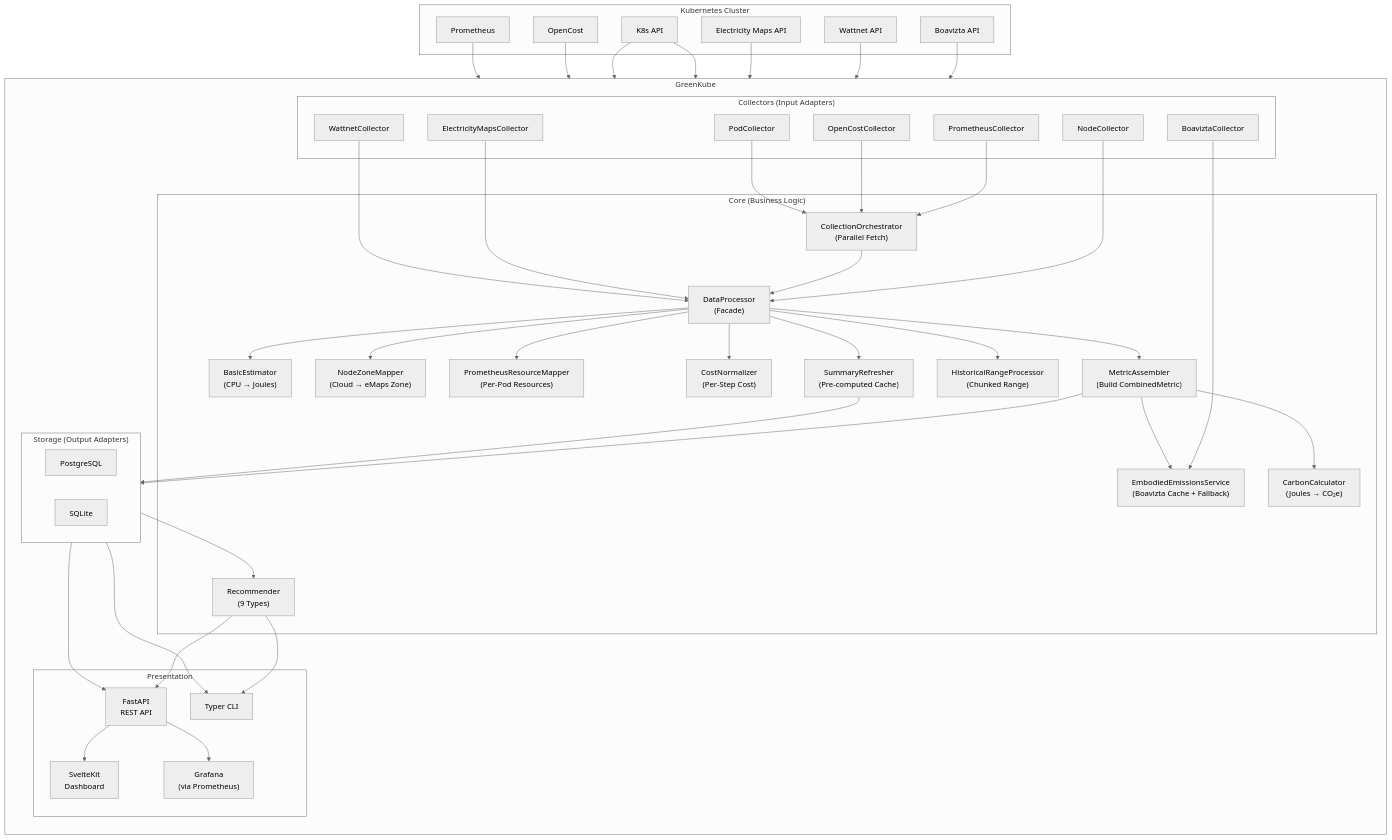
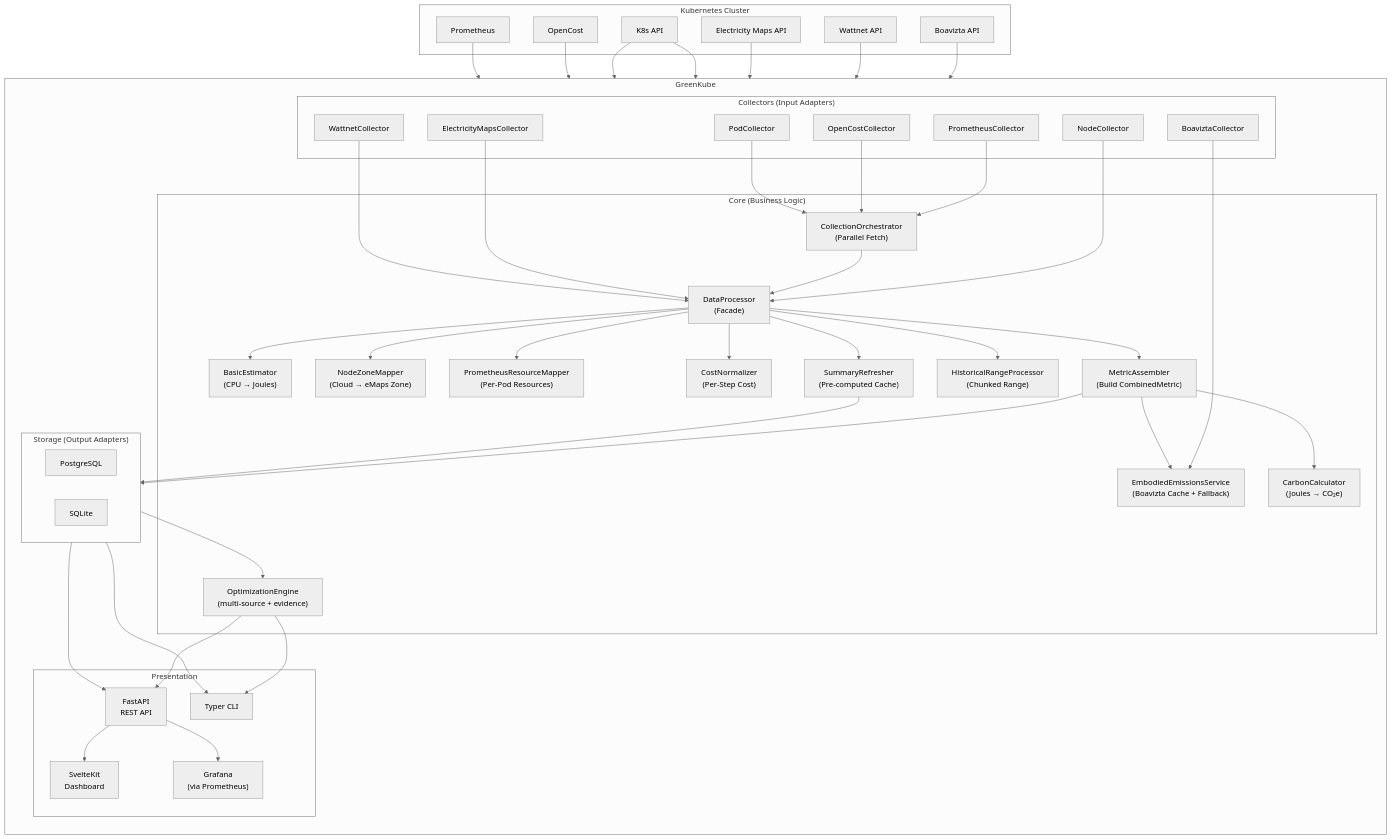
One commit to GreenKubeCloud/GreenKube changed the diagram in docs/architecture.md. Above: the diagram before and after it, drawn with Mermaid (neutral theme). The commit also changed other lines of this file and 5 other files, not shown here.

Commit message:
docs: document optimization engine and update changelog

```diff
--- a/docs/architecture.md
+++ b/docs/architecture.md
@@ -39,7 +39,7 @@
             ESvc["EmbodiedEmissionsService<br/>(Boavizta Cache + Fallback)"]
             SR["SummaryRefresher<br/>(Pre-computed Cache)"]
             HRP["HistoricalRangeProcessor<br/>(Chunked Range)"]
-            Rec["Recommender<br/>(9 Types)"]
+            Rec["OptimizationEngine<br/>(multi-source + evidence)"]
         end
 
         subgraph Storage["Storage (Output Adapters)"]
```
